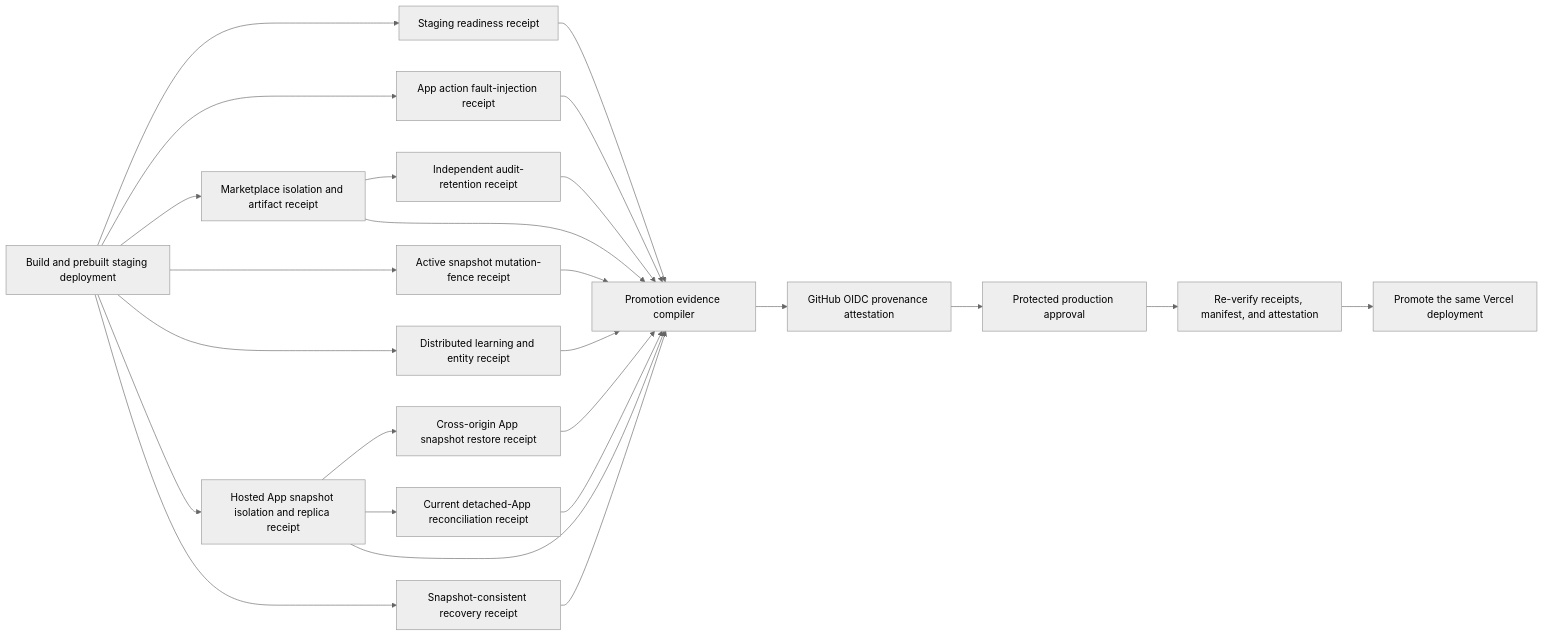
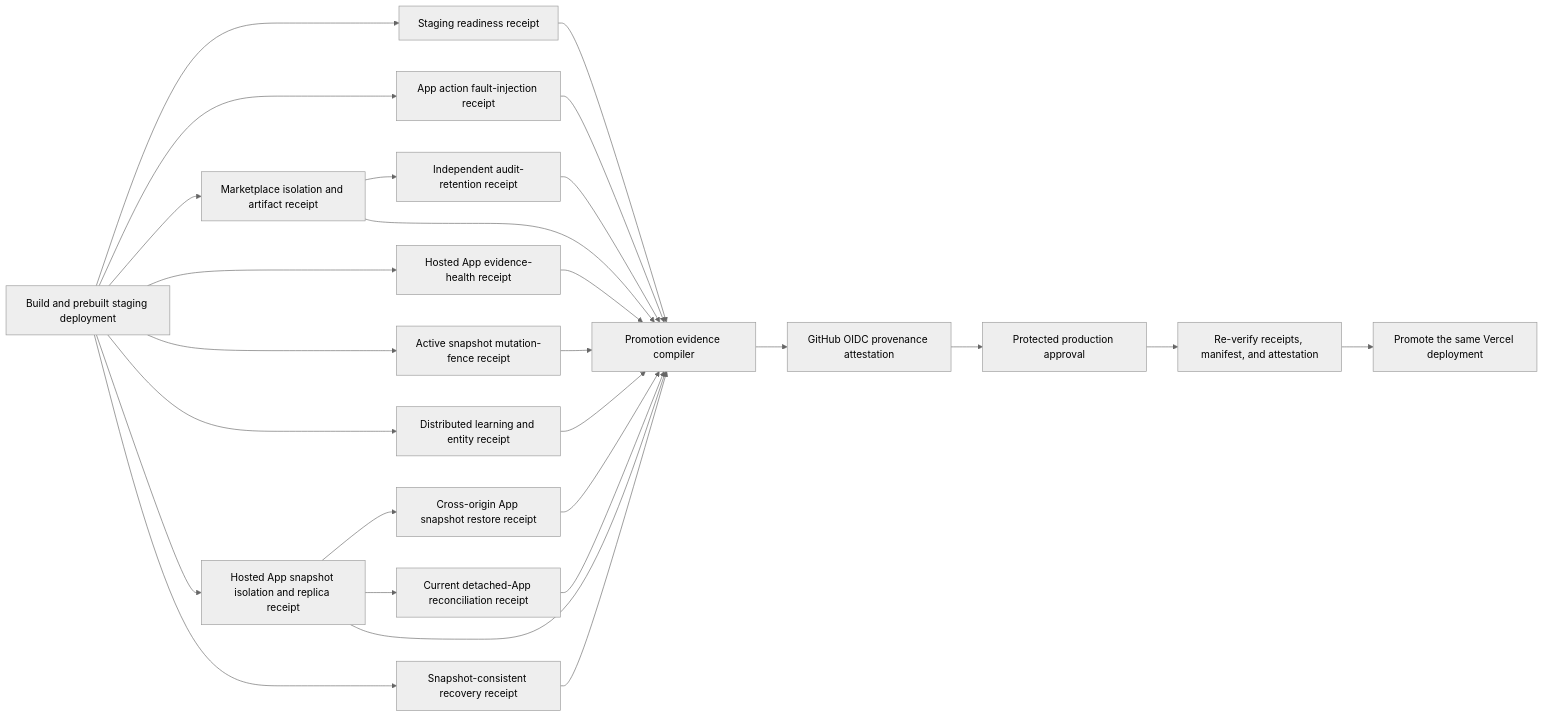
The diagram in docs/PRODUCTION-PROMOTION-EVIDENCE.md (mrrkrieg/loopgraph), drawn with Mermaid (neutral theme) before and after one commit. The commit also changed other lines of this file and 7 other files, not shown here.

Commit message:
Require App evidence health for promotion

````diff
--- a/docs/PRODUCTION-PROMOTION-EVIDENCE.md
+++ b/docs/PRODUCTION-PROMOTION-EVIDENCE.md
@@ -8,27 +8,29 @@
 ```mermaid
 flowchart LR
   V["Build and prebuilt staging deployment"] --> S["Staging readiness receipt"]
   V --> F["App action fault-injection receipt"]
   V --> M["Marketplace isolation and artifact receipt"]
+  V --> D["Hosted App evidence-health receipt"]
   V --> Q["Active snapshot mutation-fence receipt"]
   V --> L["Distributed learning and entity receipt"]
   V --> H["Hosted App snapshot isolation and replica receipt"]
   H --> B["Cross-origin App snapshot restore receipt"]
   H --> C["Current detached-App reconciliation receipt"]
   V --> R["Snapshot-consistent recovery receipt"]
   M --> A["Independent audit-retention receipt"]
   S --> E["Promotion evidence compiler"]
   F --> E
   M --> E
+  D --> E
   Q --> E
   L --> E
   H --> E
   B --> E
   C --> E
   R --> E
   A --> E
   E --> T["GitHub OIDC provenance attestation"]
   T --> P["Protected production approval"]
   P --> X["Re-verify receipts, manifest, and attestation"]
   X --> Y["Promote the same Vercel deployment"]
 ```
````
